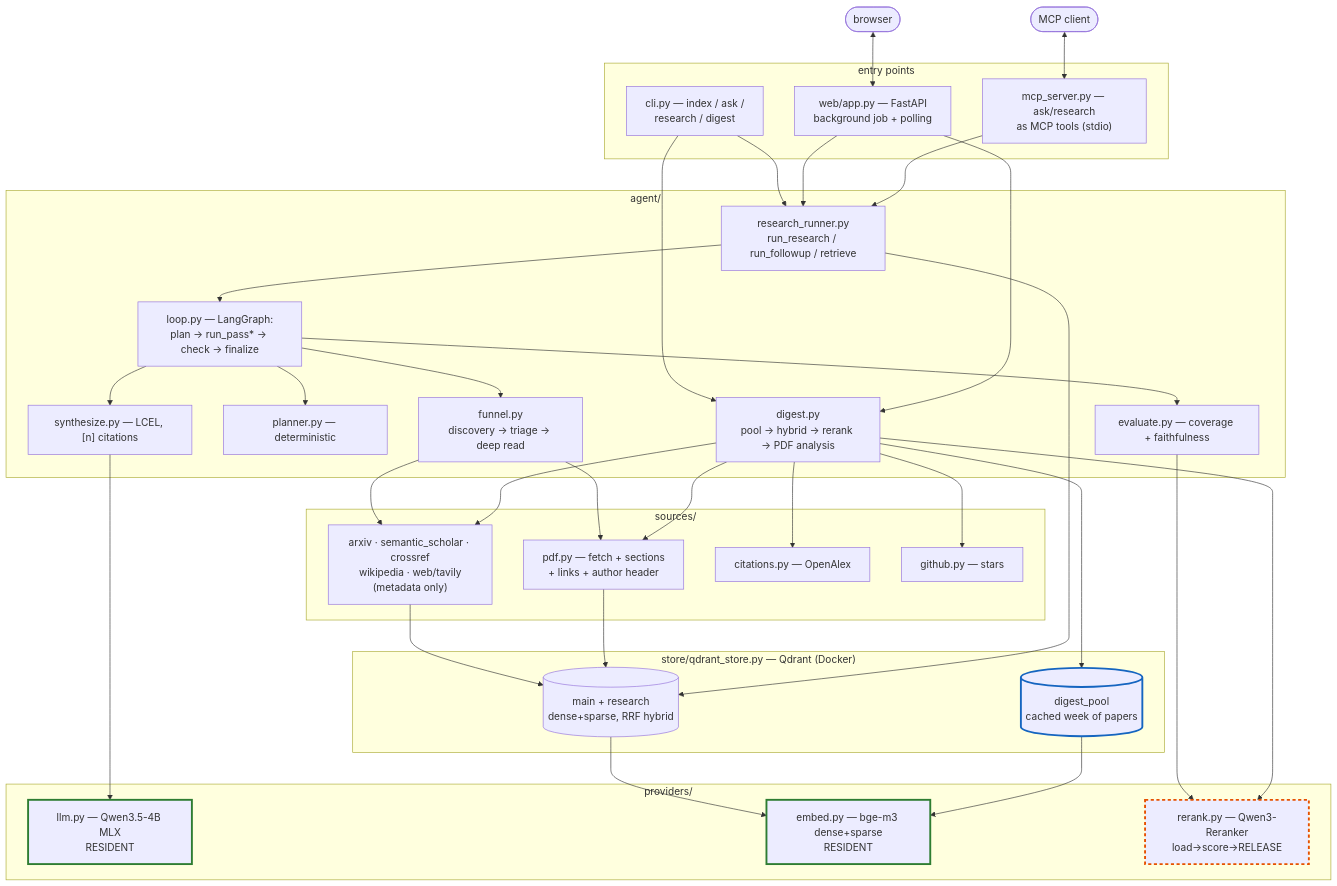
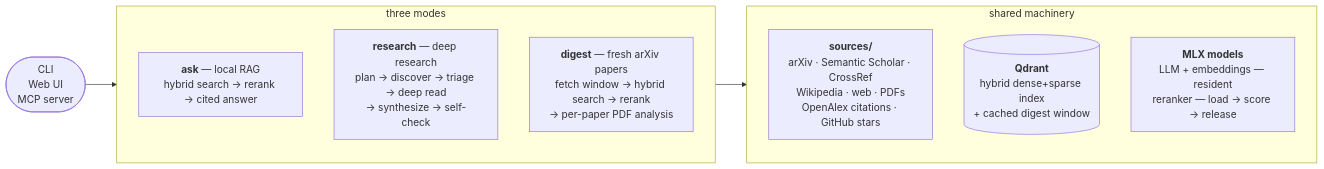
Before and after one commit to lucenticus/local-research-agent: the diagram in README.md, drawn with Mermaid. The commit also changed other lines of this file, not shown here.

Commit message:
Simplify the architecture diagram to a high-level view
The old diagram carried ~20 module boxes and every edge between them, which
is a map to read rather than a picture to grasp. It also duplicated detail
the per-module sections already carry.

Replaces it with the actual shape of the system: three modes, each a short
pipeline, over one set of shared machinery. Laid out left-to-right so it
reads as a wide banner instead of a tall column. Verified by rendering
through mermaid-cli.

````diff
--- a/README.md
+++ b/README.md
@@ -43,66 +43,19 @@
 ```mermaid
-flowchart TB
-    browser(["browser"])
-    mcpclient(["MCP client"])
+flowchart LR
+    entry(["CLI<br/>Web UI<br/>MCP server"])
 
-    subgraph entry["entry points"]
-        fastapi["web/app.py — FastAPI<br/>background job + polling"]
-        mcptools["mcp_server.py — ask/research<br/>as MCP tools (stdio)"]
-        cli["cli.py — index / ask /<br/>research / digest"]
+    subgraph modes["three modes"]
+        ask["<b>ask</b> — local RAG<br/>hybrid search → rerank → cited answer"]
+        research["<b>research</b> — deep research<br/>plan → discover → triage → deep read<br/>→ synthesize → self-check"]
+        digest["<b>digest</b> — fresh arXiv papers<br/>fetch window → hybrid search → rerank<br/>→ per-paper PDF analysis"]
     end
 
-    subgraph agent["agent/"]
-        runner["research_runner.py<br/>run_research / run_followup / retrieve"]
-        loop["loop.py — LangGraph:<br/>plan → run_pass* → check → finalize"]
-        funnel["funnel.py<br/>discovery → triage → deep read"]
-        planner["planner.py — deterministic"]
-        synth["synthesize.py — LCEL, [n] citations"]
-        evaluate["evaluate.py — coverage + faithfulness"]
-        digest["digest.py<br/>pool → hybrid → rerank → PDF analysis"]
+    subgraph shared["shared machinery"]
+        sources["<b>sources/</b><br/>arXiv · Semantic Scholar · CrossRef<br/>Wikipedia · web · PDFs<br/>OpenAlex citations · GitHub stars"]
+        store[("<b>Qdrant</b><br/>hybrid dense+sparse index<br/>+ cached digest window")]
+        models["<b>MLX models</b><br/>LLM + embeddings — resident<br/>reranker — load → score → release"]
     end
 
-    subgraph providers["providers/"]
-        llm["llm.py — Qwen3.5-4B MLX<br/>RESIDENT"]
-        embed["embed.py — bge-m3 dense+sparse<br/>RESIDENT"]
-        rerank["rerank.py — Qwen3-Reranker<br/>load→score→RELEASE"]
-    end
-
-    subgraph sources["sources/"]
-        discovery["arxiv · semantic_scholar · crossref<br/>wikipedia · web/tavily<br/>(metadata only)"]
-        pdf["pdf.py — fetch + sections<br/>+ links + author header"]
-        citations["citations.py — OpenAlex"]
-        gh["github.py — stars"]
-    end
-
-    subgraph store["store/qdrant_store.py — Qdrant (Docker)"]
-        main[("main + research<br/>dense+sparse, RRF hybrid")]
-        pool[("digest_pool<br/>cached week of papers")]
-    end
-
-    browser <--> fastapi
-    mcpclient <--> mcptools
-    cli --> runner & digest
-    fastapi --> runner & digest
-    mcptools --> runner
-
-    runner --> loop --> funnel & planner & synth & evaluate
-    funnel --> discovery & pdf --> main
-    runner --> main
-    evaluate --> rerank
-
-    digest --> discovery
-    digest --> pool
-    digest --> rerank
-    digest --> pdf & citations & gh
-
-    synth --> llm
-    main --> embed
-    pool --> embed
-
-    classDef resident stroke:#2e7d32,stroke-width:3px
-    classDef ondemand stroke:#e65100,stroke-width:3px,stroke-dasharray:5 4
-    classDef cache stroke:#1565c0,stroke-width:3px
-    class llm,embed resident
-    class rerank ondemand
-    class pool cache
+    entry --> modes
+    modes --> shared
 ```
````
